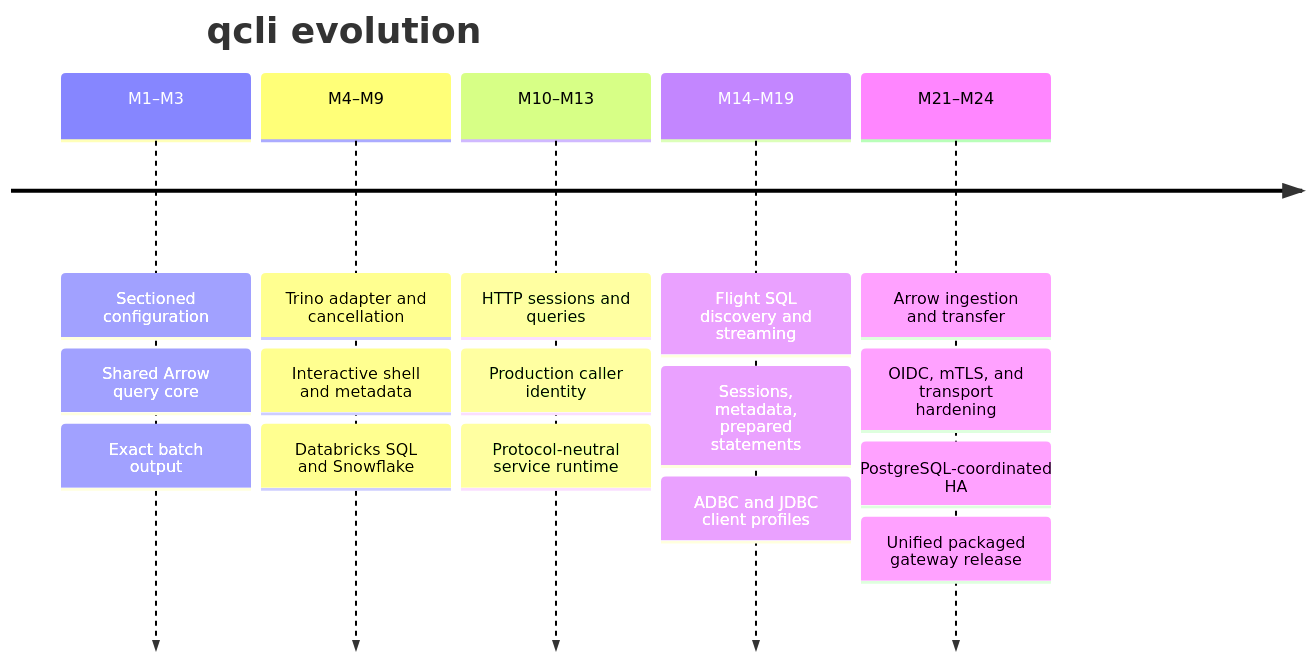
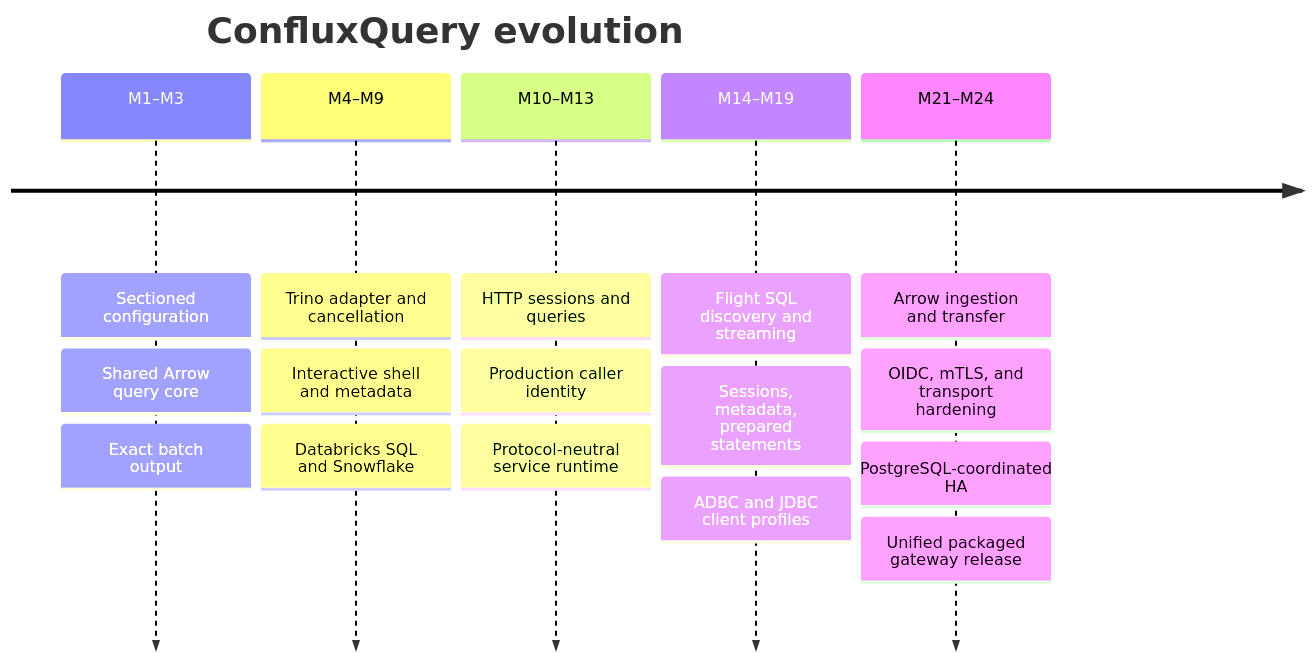
One commit to ConfluxData/ConfluxQuery changed the diagram in docs/product/evolution.md. Above: the diagram before and after it, drawn with Mermaid. The commit also changed other lines of this file and 33 other files, not shown here.

Commit message:
docs: establish ConfluxQuery product branding

````diff
--- a/docs/product/evolution.md
+++ b/docs/product/evolution.md
@@ -7,20 +7,20 @@
 ```mermaid
 timeline
-    title qcli evolution
+    title ConfluxQuery evolution
     M1–M3 : Sectioned configuration
            : Shared Arrow query core
            : Exact batch output
     M4–M9 : Trino adapter and cancellation
            : Interactive shell and metadata
            : Databricks SQL and Snowflake
     M10–M13 : HTTP sessions and queries
             : Production caller identity
             : Protocol-neutral service runtime
     M14–M19 : Flight SQL discovery and streaming
             : Sessions, metadata, prepared statements
             : ADBC and JDBC client profiles
     M21–M24 : Arrow ingestion and transfer
             : OIDC, mTLS, and transport hardening
             : PostgreSQL-coordinated HA
             : Unified packaged gateway release
 ```
````
